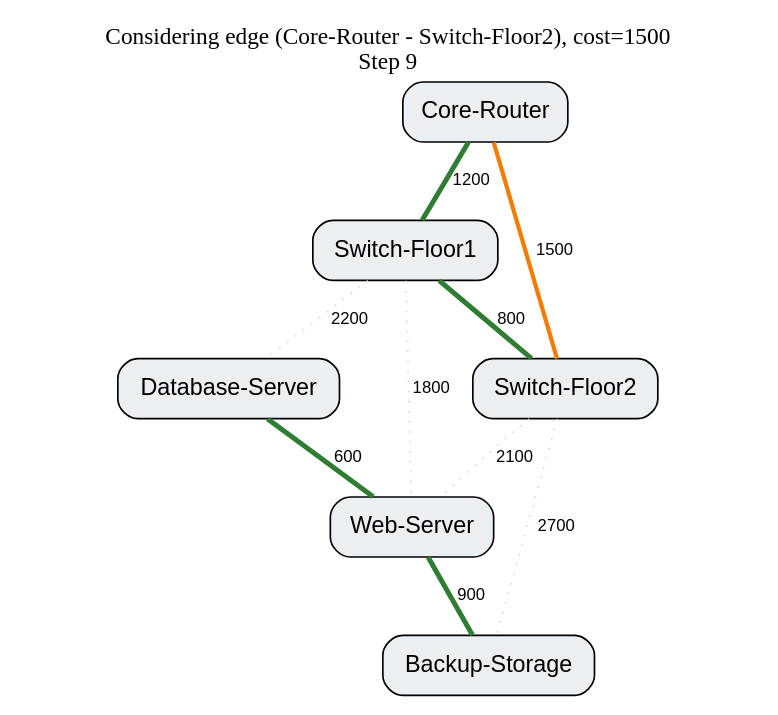
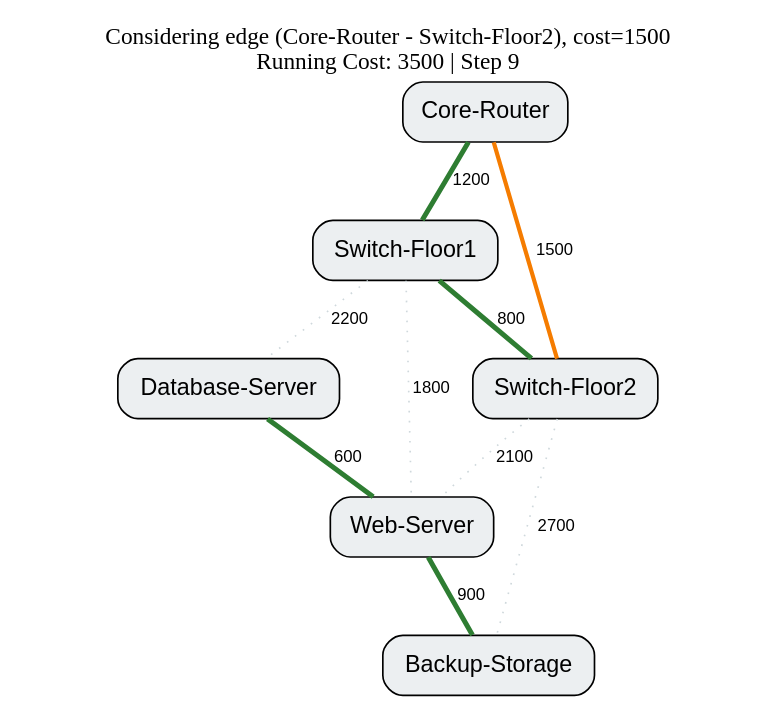
The diagram in docs/results/replay_frames/frame_009.dot (bariiqmalik/netopt), drawn with Graphviz before and after one commit. The commit also changed 64 other files, not shown here.

Commit message:
fix(replay): self-contained rendered HTML with graceful Graphviz fallback

```diff
--- a/docs/results/replay_frames/frame_009.dot
+++ b/docs/results/replay_frames/frame_009.dot
@@ -1,23 +1,23 @@
 graph Frame {
-  label="Considering edge (Core-Router - Switch-Floor2), cost=1500\nStep 9";
+  label="Considering edge (Core-Router - Switch-Floor2), cost=1500\nRunning Cost: 3500 | Step 9";
   labelloc="t";
   node [shape=box, style="filled,rounded", fillcolor="#ECEFF1", fontname="Helvetica"];
   edge [fontname="Helvetica", fontsize=10];
 
   1 [label="Core-Router"];
   2 [label="Switch-Floor1"];
   3 [label="Switch-Floor2"];
   4 [label="Database-Server"];
   5 [label="Web-Server"];
   6 [label="Backup-Storage"];
 
   1 -- 2 [label="1200", color="#2E7D32", penwidth=3.0];
   1 -- 3 [label="1500", color="#F57C00", penwidth=2.5];
   2 -- 3 [label="800", color="#2E7D32", penwidth=3.0];
   2 -- 4 [label="2200", color="#CFD8DC", style="dotted"];
   2 -- 5 [label="1800", color="#CFD8DC", style="dotted"];
   3 -- 5 [label="2100", color="#CFD8DC", style="dotted"];
   3 -- 6 [label="2700", color="#CFD8DC", style="dotted"];
   4 -- 5 [label="600", color="#2E7D32", penwidth=3.0];
   5 -- 6 [label="900", color="#2E7D32", penwidth=3.0];
 }
```
